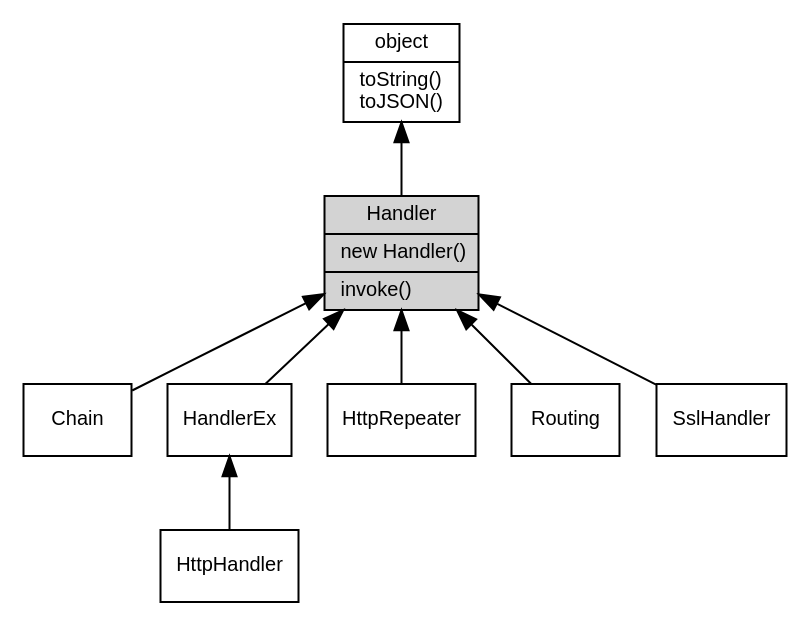
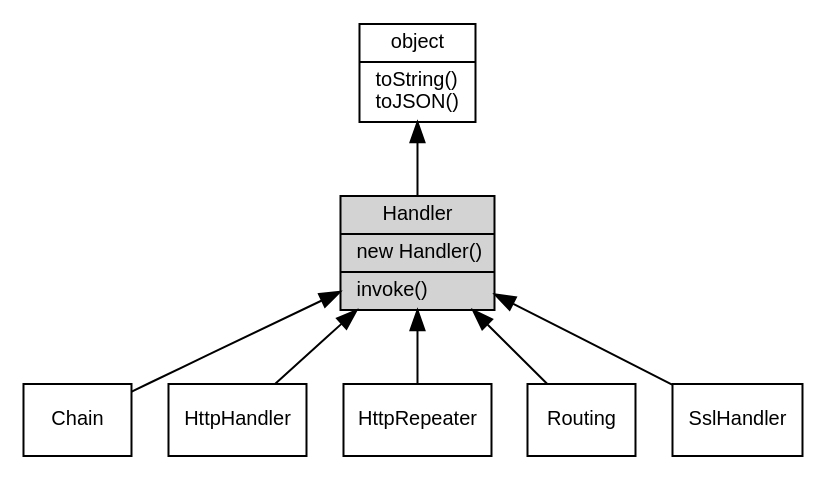
The diagram in docs/manual/object/ifs/Handler.md (fibjs/fibjs.org), drawn with Graphviz before and after one commit. The commit also changed other lines of this file and 229 other files, not shown here.

````diff
--- a/docs/manual/object/ifs/Handler.md
+++ b/docs/manual/object/ifs/Handler.md
@@ -5,22 +5,20 @@
 ```dot
 digraph {
     node [fontname="Helvetica,sans-Serif", fontsize=10, shape="record", style="filled", fillcolor="white"];
 
     object [tooltip="object", URL="object.md", label="{object|toString()\ltoJSON()\l}"];
     Handler [tooltip="Handler", fillcolor="lightgray", id="me", label="{Handler|new Handler()\l|invoke()\l}"];
     Chain [tooltip="Chain", URL="Chain.md", label="{Chain}"];
-    HandlerEx [tooltip="HandlerEx", URL="HandlerEx.md", label="{HandlerEx}"];
     HttpHandler [tooltip="HttpHandler", URL="HttpHandler.md", label="{HttpHandler}"];
     HttpRepeater [tooltip="HttpRepeater", URL="HttpRepeater.md", label="{HttpRepeater}"];
     Routing [tooltip="Routing", URL="Routing.md", label="{Routing}"];
     SslHandler [tooltip="SslHandler", URL="SslHandler.md", label="{SslHandler}"];
 
     object -> Handler [dir=back];
     Handler -> Chain [dir=back];
-    Handler -> HandlerEx [dir=back];
-    HandlerEx -> HttpHandler [dir=back];
+    Handler -> HttpHandler [dir=back];
     Handler -> HttpRepeater [dir=back];
     Handler -> Routing [dir=back];
     Handler -> SslHandler [dir=back];
 }
 ```
````
